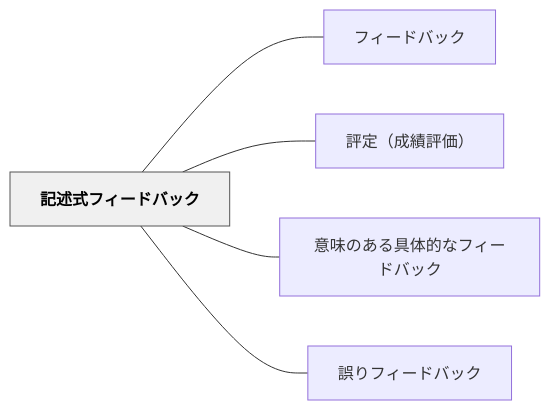
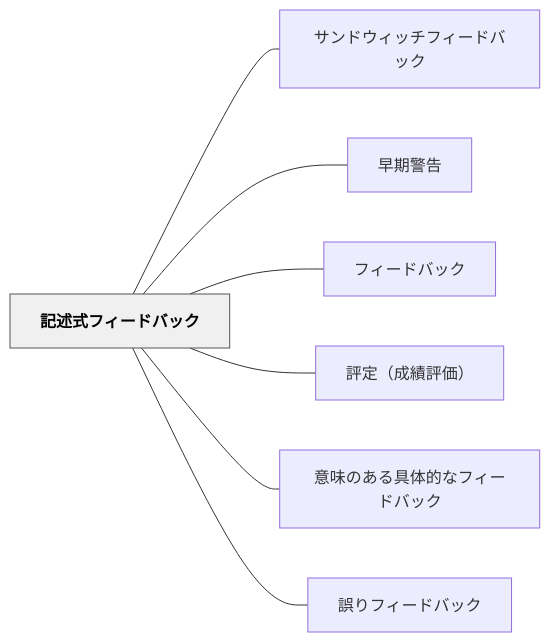
One commit to unknownthings-ed-patterns/unknownthings-ed-patterns changed the diagram in content/パタン/記述式フィードバック.md. Above: the diagram before and after it, drawn with Mermaid. The commit also changed other lines of this file and 473 other files, not shown here.

````diff
--- a/content/パタン/記述式フィードバック.md
+++ b/content/パタン/記述式フィードバック.md
@@ -52,16 +54,20 @@
 ```mermaid
 flowchart LR
     ne8a898e8bfb0["記述式フィードバック"]
+    ne382b5e383b3["サンドウィッチフィードバック"]
+    ne697a9e69c9f["早期警告"]
     ne38395e382a3["フィードバック"]
     ne8a995e5ae9a["評定（成績評価）"]
     ne6848fe591b3["意味のある具体的なフィードバック"]
     ne8aaa4e3828a["誤りフィードバック"]
 
+    ne8a898e8bfb0 --- ne382b5e383b3
+    ne8a898e8bfb0 --- ne697a9e69c9f
     ne8a898e8bfb0 --- ne38395e382a3
     ne8a898e8bfb0 --- ne8a995e5ae9a
     ne8a898e8bfb0 --- ne6848fe591b3
     ne8a898e8bfb0 --- ne8aaa4e3828a
 
     classDef hub fill:#f0f0f0,stroke:#555,color:#000,font-weight:bold
     class ne8a898e8bfb0 hub
 ```
````
